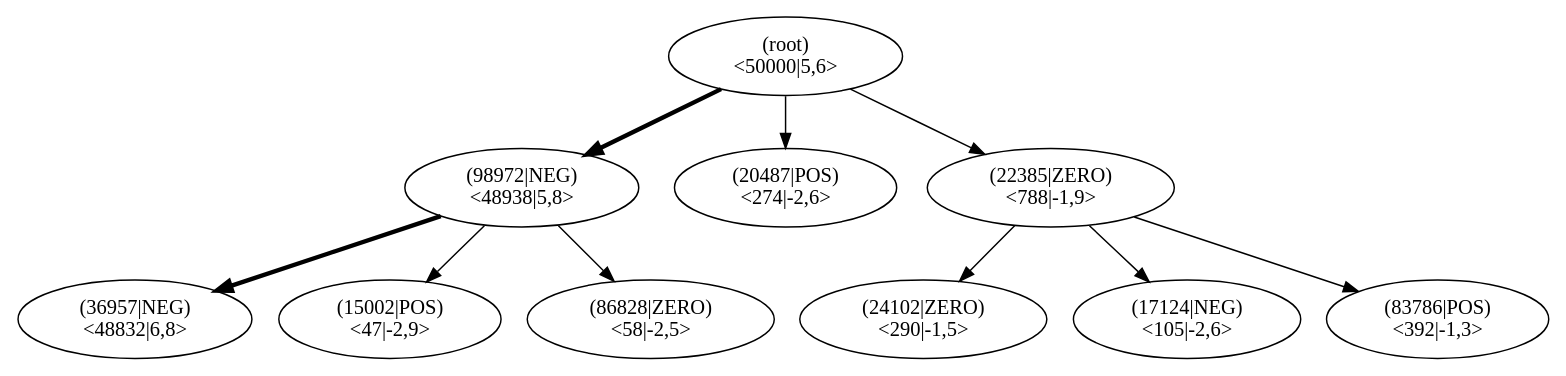
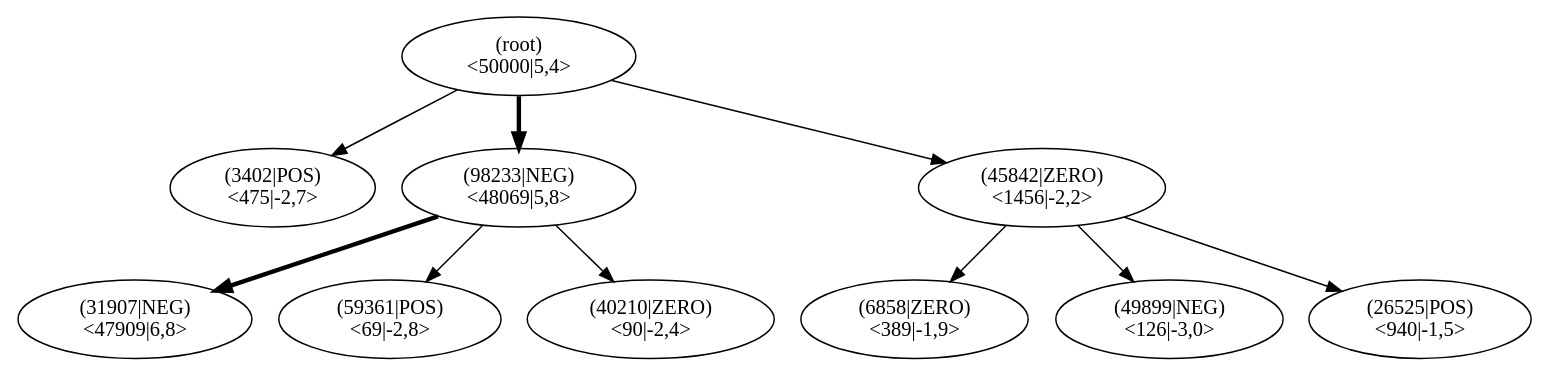
Before and after one commit to JonasHellgren/relexp-java: the diagram in pictures/ch13/lane_runner_mcts.dot, drawn with Graphviz. The commit also changed 15 other files, not shown here.

```diff
--- a/pictures/ch13/lane_runner_mcts.dot
+++ b/pictures/ch13/lane_runner_mcts.dot
@@ -1,32 +1,32 @@
 digraph MCTS {
 node [shape=ellipse];
 Nroot [label="(root)
-<50000|5,6>"];
-Nroot -> N98972[penwidth=3];
-N98972 [label="(98972|NEG)
-<48938|5,8>"];
-N98972 -> N36957[penwidth=3];
-N36957 [label="(36957|NEG)
-<48832|6,8>"];
-N98972 -> N15002[penwidth=1];
-N15002 [label="(15002|POS)
-<47|-2,9>"];
-N98972 -> N86828[penwidth=1];
-N86828 [label="(86828|ZERO)
-<58|-2,5>"];
-Nroot -> N20487[penwidth=1];
-N20487 [label="(20487|POS)
-<274|-2,6>"];
-Nroot -> N22385[penwidth=1];
-N22385 [label="(22385|ZERO)
-<788|-1,9>"];
-N22385 -> N24102[penwidth=1];
-N24102 [label="(24102|ZERO)
-<290|-1,5>"];
-N22385 -> N17124[penwidth=1];
-N17124 [label="(17124|NEG)
-<105|-2,6>"];
-N22385 -> N83786[penwidth=1];
-N83786 [label="(83786|POS)
-<392|-1,3>"];
+<50000|5,4>"];
+Nroot -> N3402[penwidth=1];
+N3402 [label="(3402|POS)
+<475|-2,7>"];
+Nroot -> N98233[penwidth=3];
+N98233 [label="(98233|NEG)
+<48069|5,8>"];
+N98233 -> N31907[penwidth=3];
+N31907 [label="(31907|NEG)
+<47909|6,8>"];
+N98233 -> N59361[penwidth=1];
+N59361 [label="(59361|POS)
+<69|-2,8>"];
+N98233 -> N40210[penwidth=1];
+N40210 [label="(40210|ZERO)
+<90|-2,4>"];
+Nroot -> N45842[penwidth=1];
+N45842 [label="(45842|ZERO)
+<1456|-2,2>"];
+N45842 -> N6858[penwidth=1];
+N6858 [label="(6858|ZERO)
+<389|-1,9>"];
+N45842 -> N49899[penwidth=1];
+N49899 [label="(49899|NEG)
+<126|-3,0>"];
+N45842 -> N26525[penwidth=1];
+N26525 [label="(26525|POS)
+<940|-1,5>"];
 }
```
